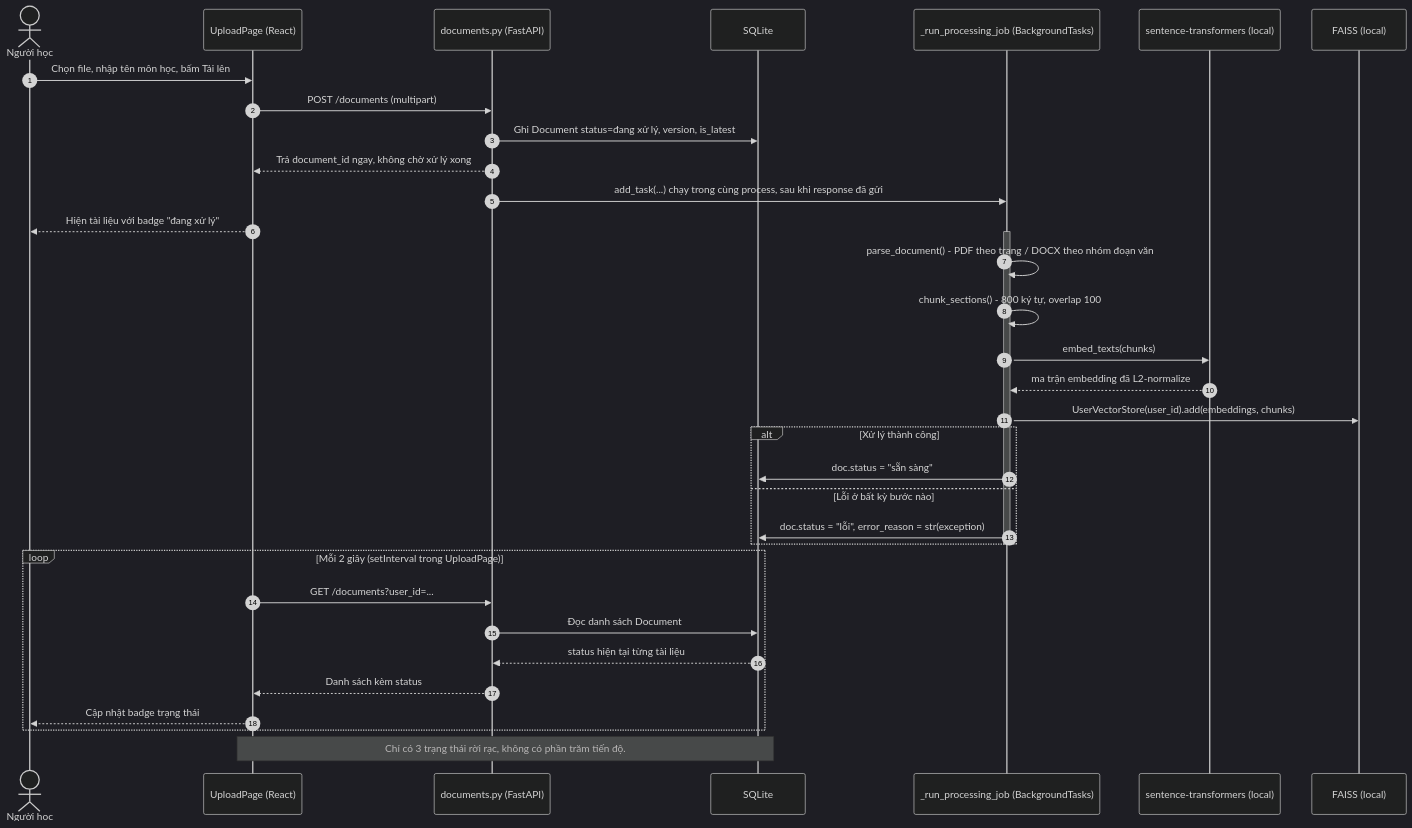
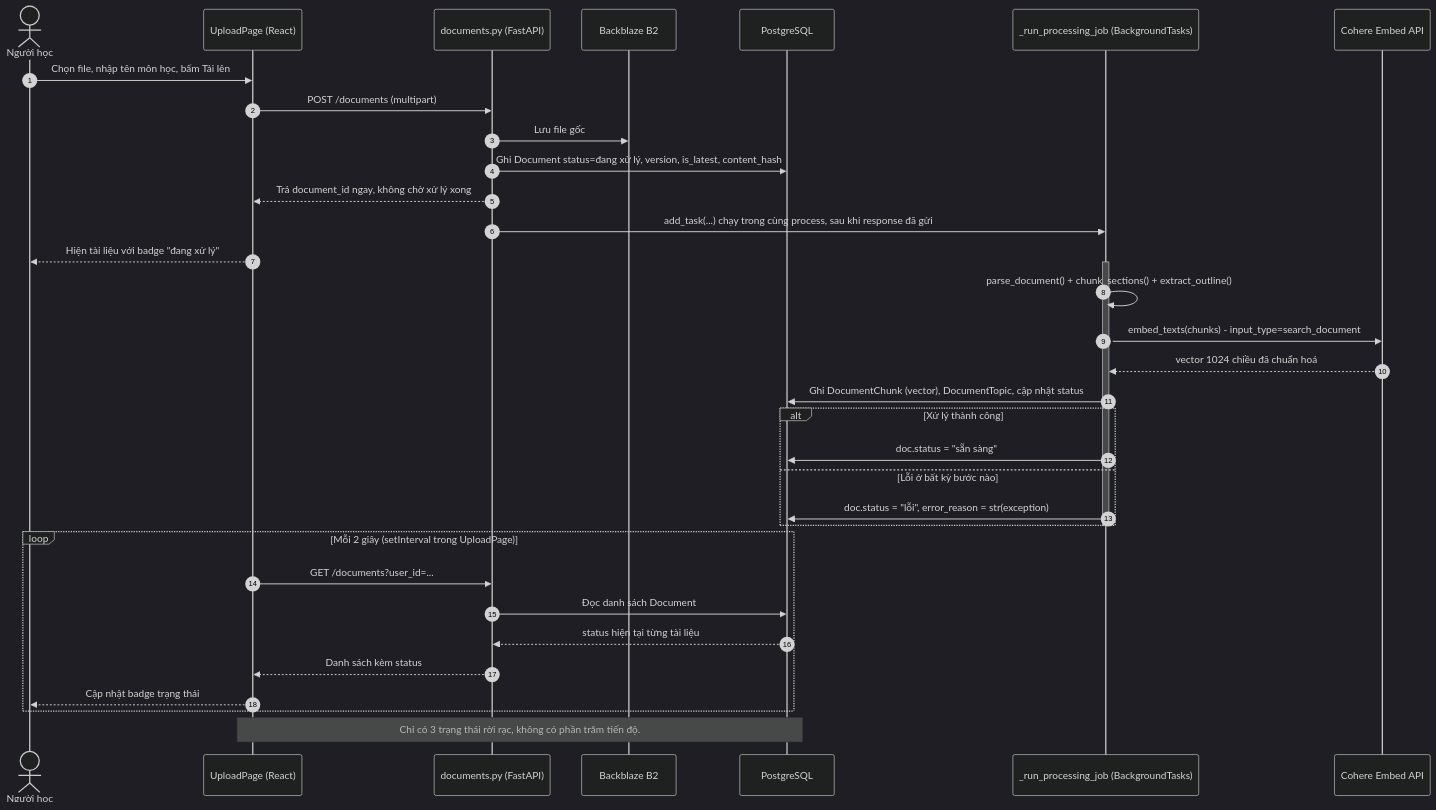
The fourth of 12 diagrams in docs/architecture-diagrams.md (Thaihoangbach/LearningAssistant), drawn with Mermaid (dark theme) before and after one commit. The commit also changed other lines of this file and 25 other files, not shown here.

````diff
--- a/docs/architecture-diagrams.md
+++ b/docs/architecture-diagrams.md
@@ -249,41 +286,41 @@
 ```mermaid
 sequenceDiagram
     autonumber
     actor HV as Người học
     participant FE as UploadPage (React)
     participant API as documents.py (FastAPI)
-    participant DB as SQLite
+    participant B2 as Backblaze B2
+    participant DB as PostgreSQL
     participant BG as _run_processing_job (BackgroundTasks)
-    participant EMB as sentence-transformers (local)
-    participant VEC as FAISS (local)
+    participant COHERE as Cohere Embed API
 
     HV->>FE: Chọn file, nhập tên môn học, bấm Tải lên
     FE->>API: POST /documents (multipart)
-    API->>DB: Ghi Document status=đang xử lý, version, is_latest
+    API->>B2: Lưu file gốc
+    API->>DB: Ghi Document status=đang xử lý, version, is_latest, content_hash
     API-->>FE: Trả document_id ngay, không chờ xử lý xong
     API->>BG: add_task(...) chạy trong cùng process, sau khi response đã gửi
     FE-->>HV: Hiện tài liệu với badge "đang xử lý"
 
     activate BG
-    BG->>BG: parse_document() - PDF theo trang / DOCX theo nhóm đoạn văn
-    BG->>BG: chunk_sections() - 800 ký tự, overlap 100
-    BG->>EMB: embed_texts(chunks)
-    EMB-->>BG: ma trận embedding đã L2-normalize
-    BG->>VEC: UserVectorStore(user_id).add(embeddings, chunks)
+    BG->>BG: parse_document() + chunk_sections() + extract_outline()
+    BG->>COHERE: embed_texts(chunks) - input_type=search_document
+    COHERE-->>BG: vector 1024 chiều đã chuẩn hoá
+    BG->>DB: Ghi DocumentChunk (vector), DocumentTopic, cập nhật status
     alt Xử lý thành công
         BG->>DB: doc.status = "sẵn sàng"
     else Lỗi ở bất kỳ bước nào
         BG->>DB: doc.status = "lỗi", error_reason = str(exception)
     end
     deactivate BG
 
     loop Mỗi 2 giây (setInterval trong UploadPage)
         FE->>API: GET /documents?user_id=...
         API->>DB: Đọc danh sách Document
         DB-->>API: status hiện tại từng tài liệu
         API-->>FE: Danh sách kèm status
         FE-->>HV: Cập nhật badge trạng thái
     end
 
     Note over FE,DB: Chỉ có 3 trạng thái rời rạc, không có phần trăm tiến độ.
 ```
````
